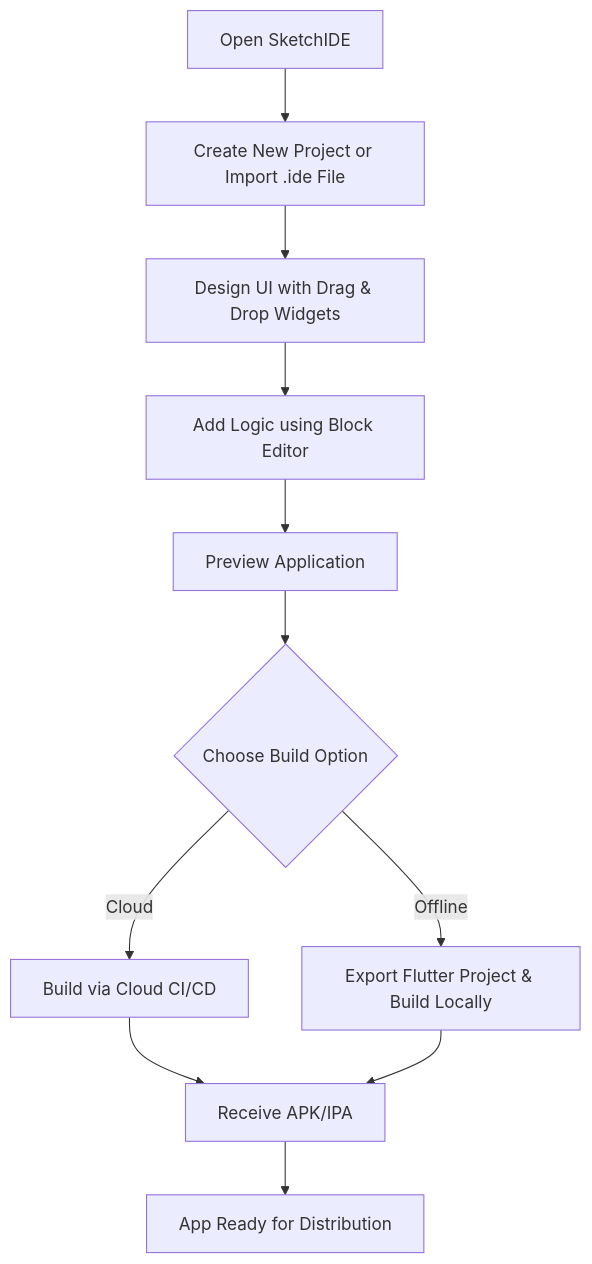
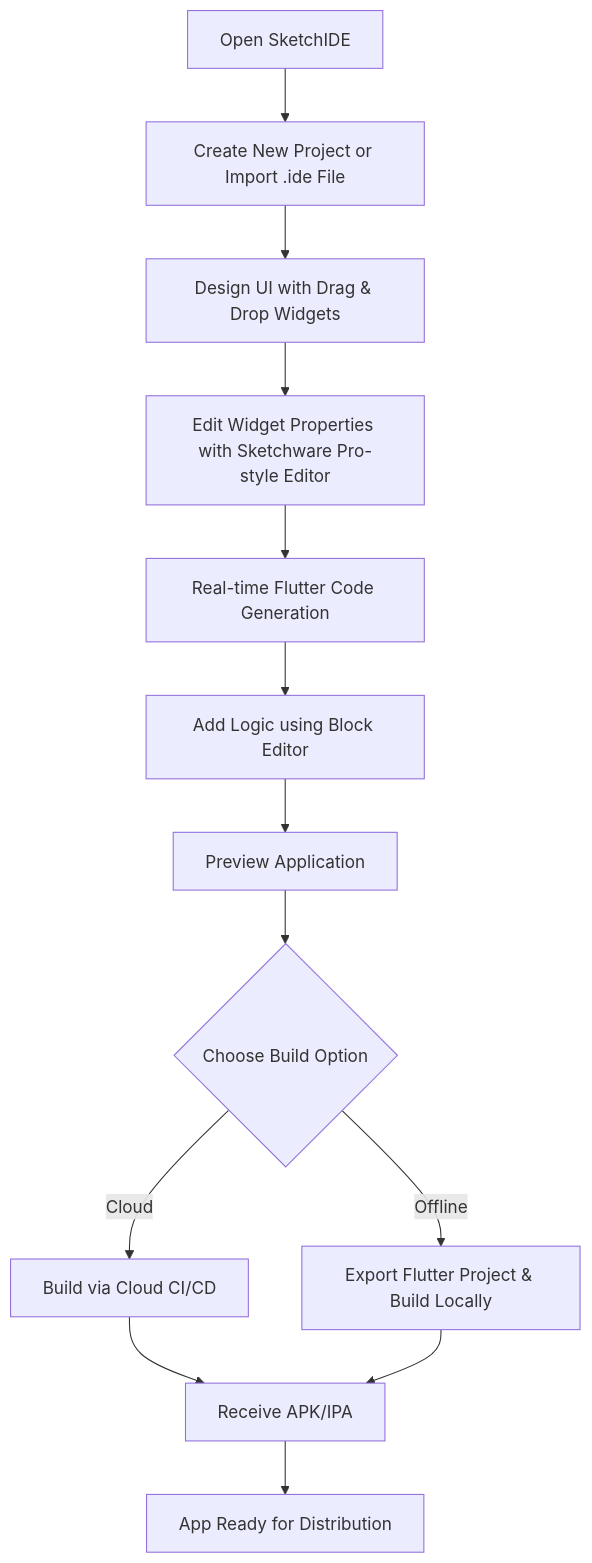
Before and after one commit to rajendrarox/SketchIDE: the diagram in README.md, drawn with Mermaid. The commit also changed other lines of this file and 124 other files, not shown here.

````diff
--- a/README.md
+++ b/README.md
@@ -42,13 +74,15 @@
 ```mermaid
 graph TD
     A[Open SketchIDE] --> B[Create New Project or Import .ide File]
     B --> C[Design UI with Drag & Drop Widgets]
-    C --> D[Add Logic using Block Editor]
-    D --> E[Preview Application]
-    E --> F{Choose Build Option}
-    F --> |Offline| G[Export Flutter Project & Build Locally]
-    F --> |Cloud| H[Build via Cloud CI/CD]
-    H --> I[Receive APK/IPA]
-    G --> I
-    I --> J[App Ready for Distribution]
+    C --> D[Edit Widget Properties with Sketchware Pro-style Editor]
+    D --> E[Real-time Flutter Code Generation]
+    E --> F[Add Logic using Block Editor]
+    F --> G[Preview Application]
+    G --> H{Choose Build Option}
+    H --> |Offline| I[Export Flutter Project & Build Locally]
+    H --> |Cloud| J[Build via Cloud CI/CD]
+    J --> K[Receive APK/IPA]
+    I --> K
+    K --> L[App Ready for Distribution]
 ```
````
